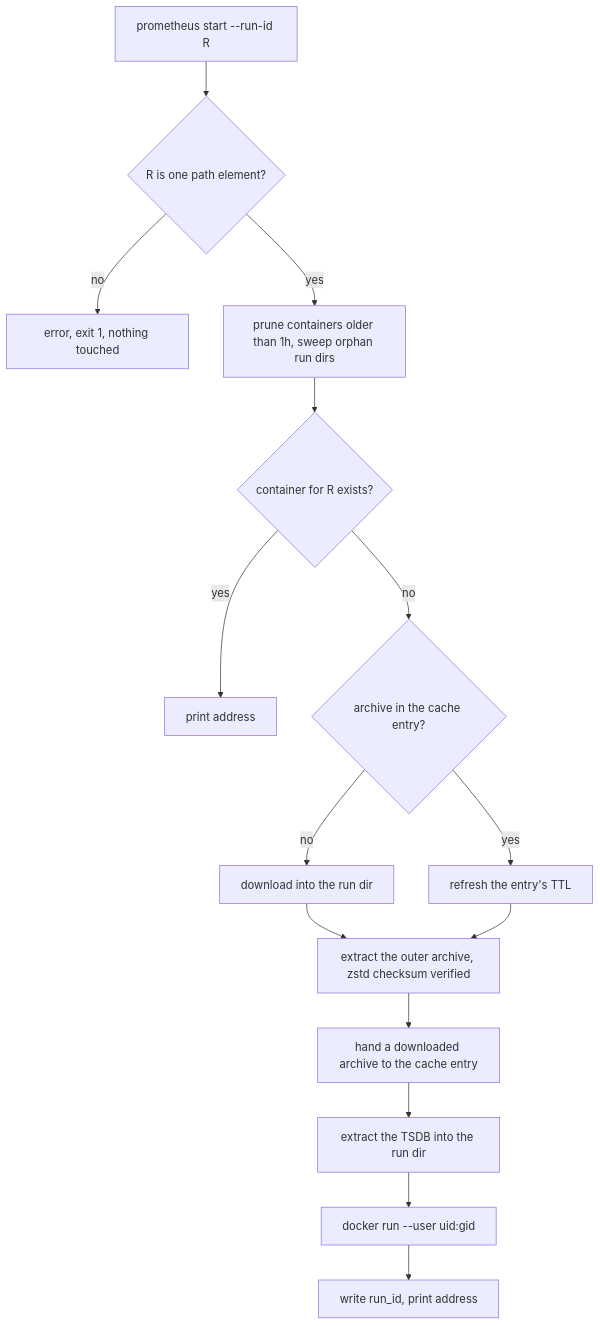
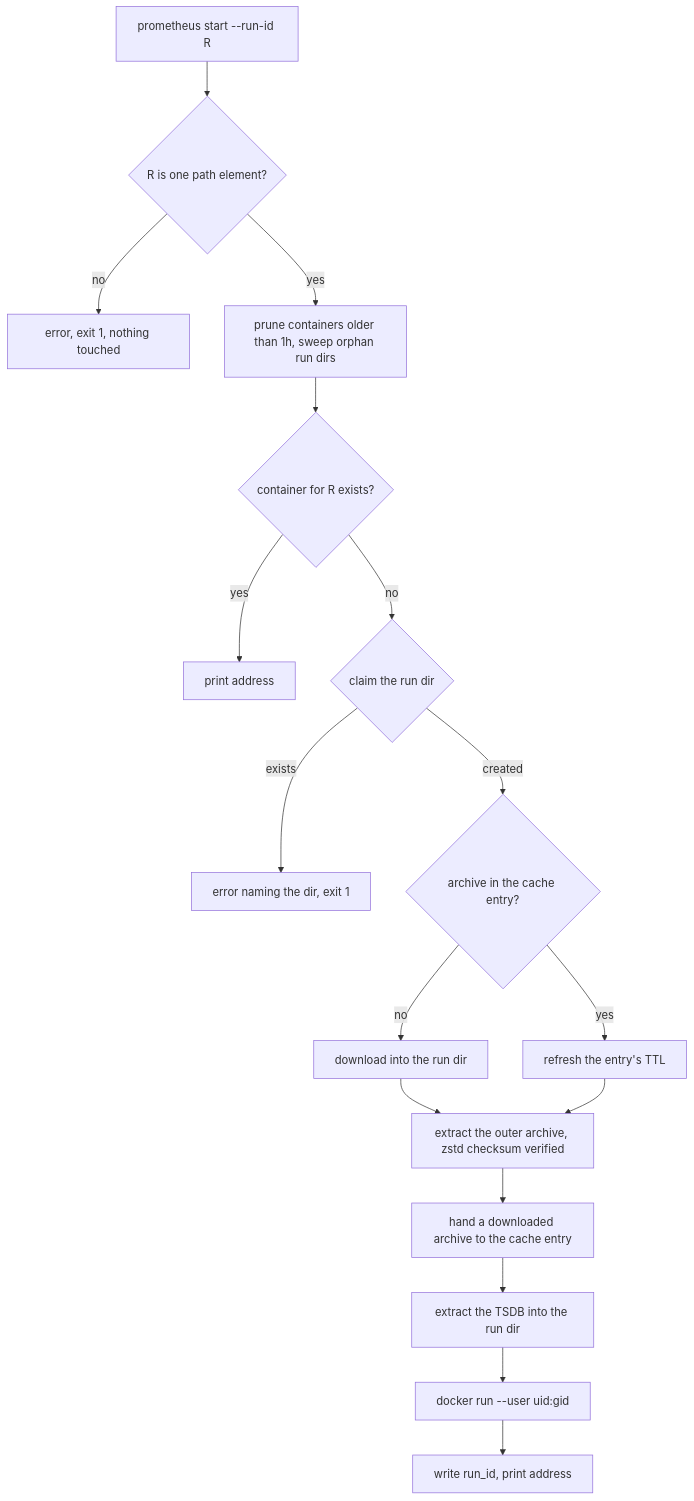
The diagram in tasks/ARGUS-159/spec.md (scylladb/argus), drawn with Mermaid before and after one commit. The commit also changed other lines of this file and 6 other files, not shown here.

First line of the commit message:
fix(cli/prometheus): claim the run dir and list containers last

````diff
--- a/tasks/ARGUS-159/spec.md
+++ b/tasks/ARGUS-159/spec.md
@@ -46,17 +48,19 @@
 ```mermaid
 flowchart TD
     S["prometheus start --run-id R"] --> V{"R is one path element?"}
     V -->|no| X["error, exit 1, nothing touched"]
     V -->|yes| P["prune containers older than 1h, sweep orphan run dirs"]
     P --> C{"container for R exists?"}
     C -->|yes| A["print address"]
-    C -->|no| H{"archive in the cache entry?"}
+    C -->|no| K{"claim the run dir"}
+    K -->|exists| Y["error naming the dir, exit 1"]
+    K -->|created| H{"archive in the cache entry?"}
     H -->|yes| T["refresh the entry's TTL"]
     H -->|no| D["download into the run dir"]
     D --> O["extract the outer archive, zstd checksum verified"]
     T --> O
     O --> M["hand a downloaded archive to the cache entry"]
     M --> E["extract the TSDB into the run dir"]
     E --> R["docker run --user uid:gid"]
     R --> W["write run_id, print address"]
 ```
````
